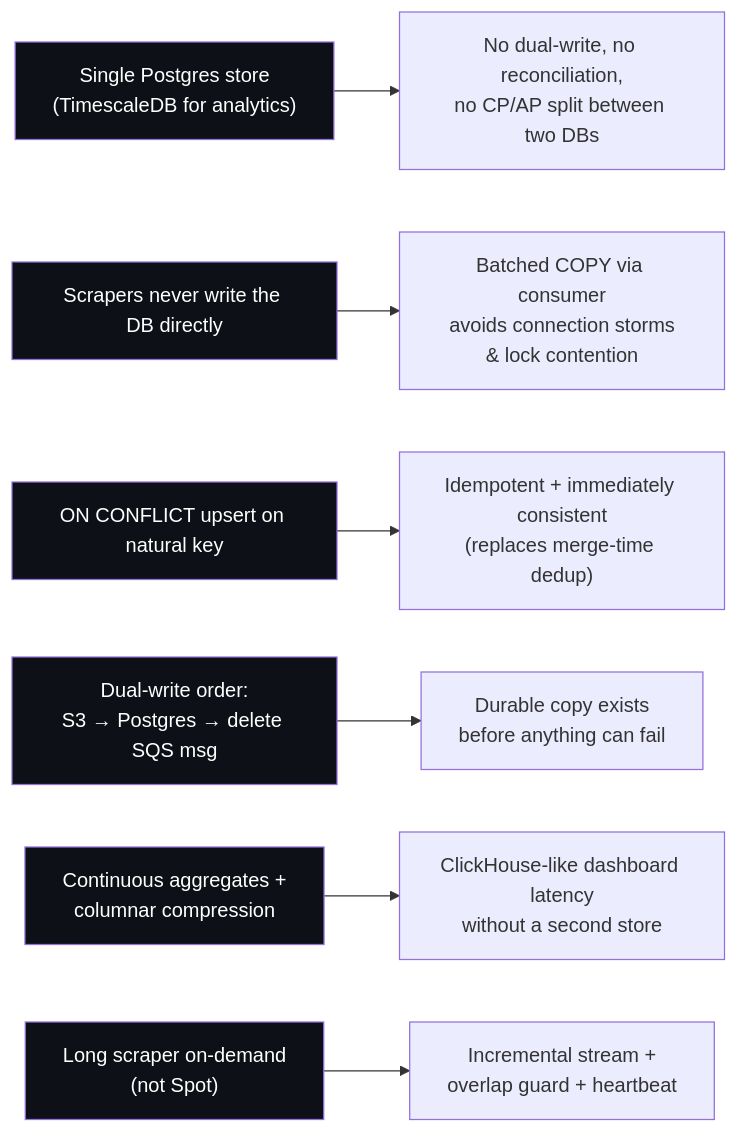
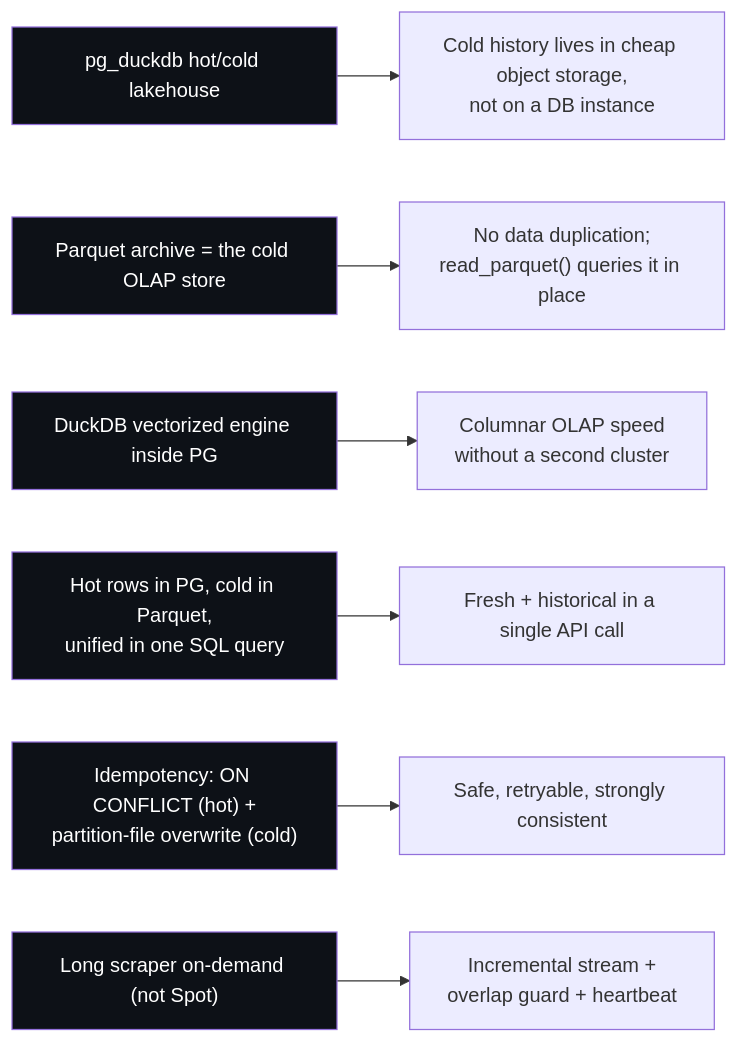
Before and after one commit to MagenticIn/MLS-Revamp: the second of 6 diagrams in architecture.md, drawn with Mermaid. The commit also changed other lines of this file, not shown here.

First line of the commit message:
Rewrite around pg_duckdb hot/cold lakehouse

````diff
--- a/architecture.md
+++ b/architecture.md
@@ -107,16 +115,16 @@
 ```mermaid
 flowchart LR
-    A["Single Postgres store<br/>(TimescaleDB for analytics)"] --> A1["No dual-write, no reconciliation,<br/>no CP/AP split between two DBs"]
-    B["Scrapers never write the DB directly"] --> B1["Batched COPY via consumer<br/>avoids connection storms<br/>& lock contention"]
-    C["ON CONFLICT upsert on natural key"] --> C1["Idempotent + immediately consistent<br/>(replaces merge-time dedup)"]
-    D["Dual-write order:<br/>S3 → Postgres → delete SQS msg"] --> D1["Durable copy exists<br/>before anything can fail"]
-    E["Continuous aggregates +<br/>columnar compression"] --> E1["ClickHouse-like dashboard latency<br/>without a second store"]
-    F["Long scraper on-demand<br/>(not Spot)"] --> F1["Incremental stream +<br/>overlap guard + heartbeat"]
+    A["pg_duckdb hot/cold lakehouse"] --> A1["Cold history lives in cheap object storage,<br/>not on a DB instance"]
+    B["Parquet archive = the cold OLAP store"] --> B1["No data duplication;<br/>read_parquet() queries it in place"]
+    C["DuckDB vectorized engine inside PG"] --> C1["Columnar OLAP speed<br/>without a second cluster"]
+    D["Hot rows in PG, cold in Parquet,<br/>unified in one SQL query"] --> D1["Fresh + historical in a single API call"]
+    E["Idempotency: ON CONFLICT (hot) +<br/>partition-file overwrite (cold)"] --> E1["Safe, retryable, strongly consistent"]
+    F["Long scraper on-demand (not Spot)"] --> F1["Incremental stream +<br/>overlap guard + heartbeat"]
 
     style A fill:#0d1117,color:#fff
     style B fill:#0d1117,color:#fff
     style C fill:#0d1117,color:#fff
     style D fill:#0d1117,color:#fff
     style E fill:#0d1117,color:#fff
     style F fill:#0d1117,color:#fff
 ```
````
